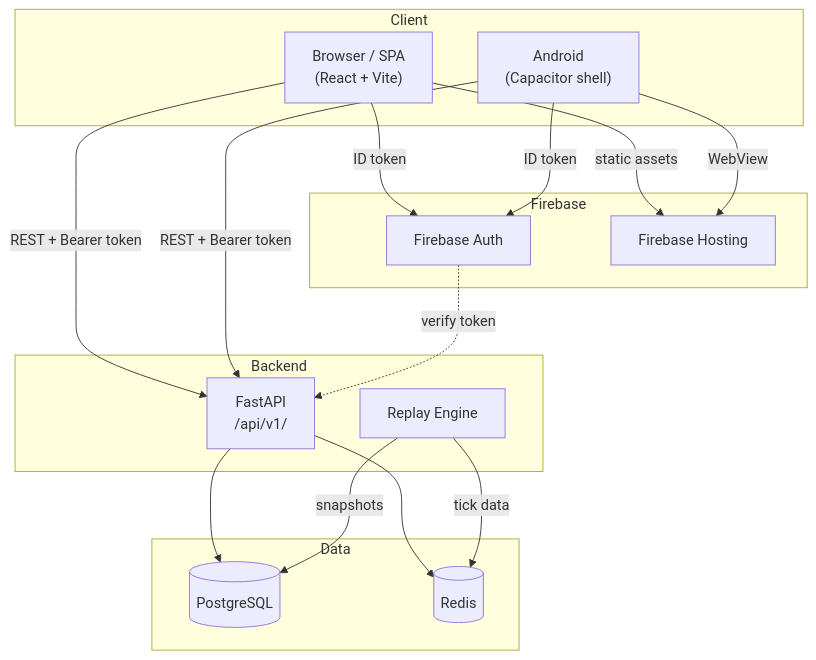
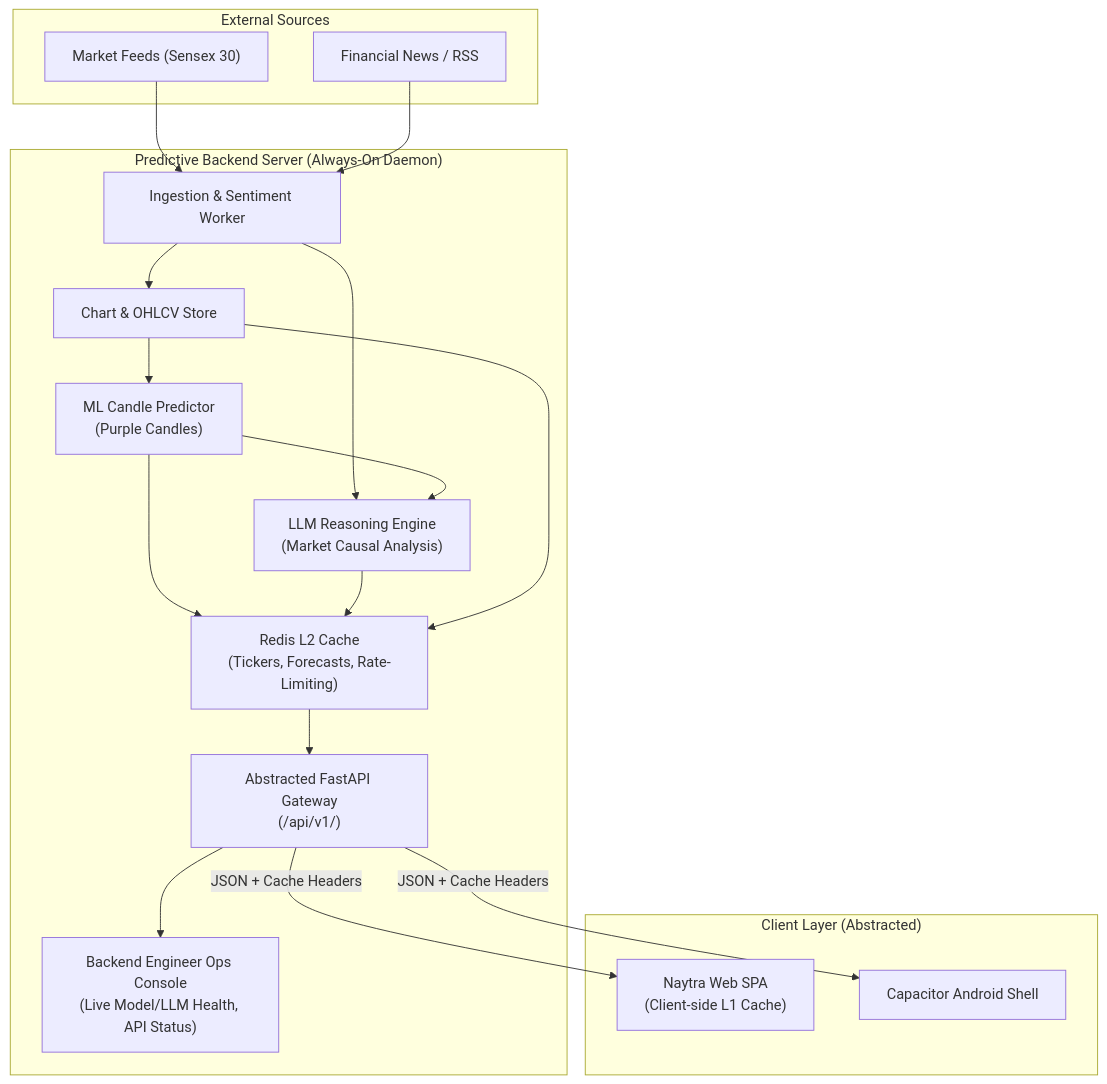
Before and after one commit to yogambar/Naytra: the diagram in docs/ARCHITECTURE.md, drawn with Mermaid. The commit also changed other lines of this file and 19 other files, not shown here.

Commit message:
feat(engine): standalone predictive engine, ML purple candle forecaster, Gemini reasoning & ops console

````diff
--- a/docs/ARCHITECTURE.md
+++ b/docs/ARCHITECTURE.md
@@ -25,34 +28,36 @@
 ```mermaid
 flowchart TB
-    subgraph Client
-        B["Browser / SPA\n(React + Vite)"]
-        A["Android\n(Capacitor shell)"]
+    subgraph MarketSources ["External Sources"]
+        MKT["Market Feeds (Sensex 30)"]
+        NEWS["Financial News / RSS"]
     end
 
-    subgraph Firebase
-        FA["Firebase Auth"]
-        FH["Firebase Hosting"]
+    subgraph BackendEngine ["Predictive Backend Server (Always-On Daemon)"]
+        INGEST["Ingestion & Sentiment Worker"]
+        CHART_STORE["Chart & OHLCV Store"]
+        ML_MODEL["ML Candle Predictor\n(Purple Candles)"]
+        LLM_AGENT["LLM Reasoning Engine\n(Market Causal Analysis)"]
+        CACHE["Redis L2 Cache\n(Tickers, Forecasts, Rate-Limiting)"]
+        API_GATEWAY["Abstracted FastAPI Gateway\n(/api/v1/)"]
+        OPS_UI["Backend Engineer Ops Console\n(Live Model/LLM Health, API Status)"]
     end
 
-    subgraph Backend
-        API["FastAPI\n/api/v1/"]
-        RE["Replay Engine"]
+    subgraph ClientLayer ["Client Layer (Abstracted)"]
+        WEB_APP["Naytra Web SPA\n(Client-side L1 Cache)"]
+        ANDROID_APP["Capacitor Android Shell"]
     end
 
-    subgraph Data
-        PG[("PostgreSQL")]
-        RD[("Redis")]
-    end
-
-    B -- "static assets" --> FH
-    A -- "WebView" --> FH
-    B -- "ID token" --> FA
-    A -- "ID token" --> FA
-    B -- "REST + Bearer token" --> API
-    A -- "REST + Bearer token" --> API
-    FA -. "verify token" .-> API
-    API --> PG
-    API --> RD
-    RE -- "tick data" --> RD
-    RE -- "snapshots" --> PG
+    MKT --> INGEST
+    NEWS --> INGEST
+    INGEST --> CHART_STORE
+    CHART_STORE --> ML_MODEL
+    INGEST --> LLM_AGENT
+    ML_MODEL --> LLM_AGENT
+    ML_MODEL --> CACHE
+    LLM_AGENT --> CACHE
+    CHART_STORE --> CACHE
+    CACHE --> API_GATEWAY
+    API_GATEWAY --> OPS_UI
+    API_GATEWAY -- "JSON + Cache Headers" --> WEB_APP
+    API_GATEWAY -- "JSON + Cache Headers" --> ANDROID_APP
 ```
````
